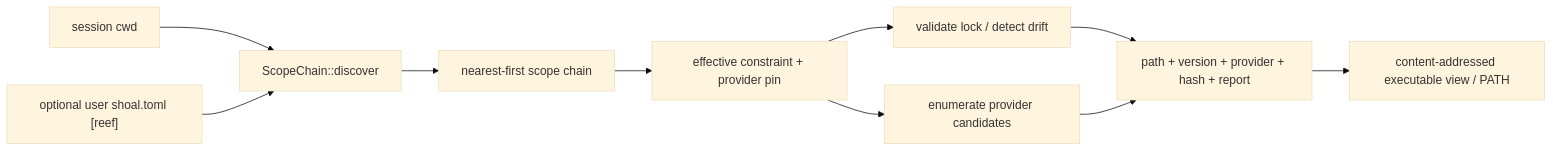
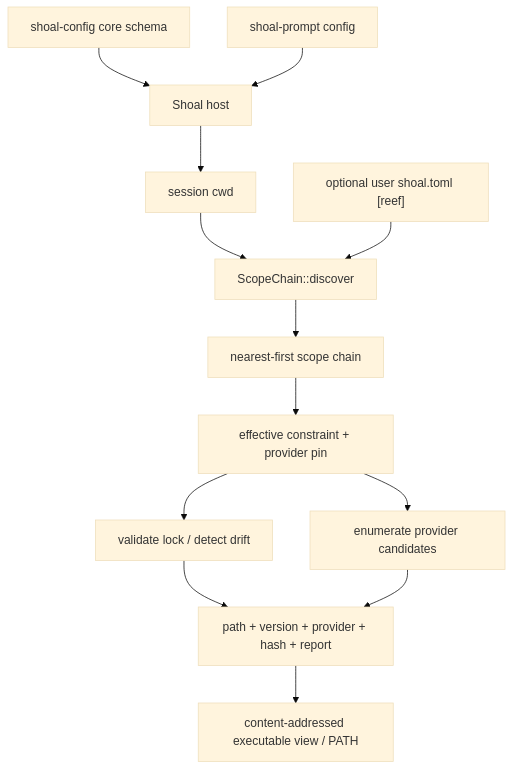
Before and after one commit to alliecatowo/shoal: the first of 3 diagrams in site/content/internals/reef-adapters-config.md, drawn with Mermaid (base theme). The commit also changed other lines of this file and 70 other files, not shown here.

Commit message:
docs: refine manual and architecture visuals

````diff
--- a/site/content/internals/reef-adapters-config.md
+++ b/site/content/internals/reef-adapters-config.md
@@ -29,12 +29,17 @@
 ```mermaid
-flowchart LR
-  Cwd["session cwd"] --> Discover["ScopeChain::discover"]
+flowchart TB
+accTitle: Reef resolution and configuration boundaries
+accDescr: Core, prompt, and Reef configuration meet at the host; only Reef scope inputs feed locked executable resolution and the child PATH view.
+  Core["shoal-config core schema"] --> Host["Shoal host"]
+  Prompt["shoal-prompt config"] --> Host
+  Host --> Cwd["session cwd"]
+  Cwd --> Discover["ScopeChain::discover"]
   User["optional user shoal.toml [reef]"] --> Discover
   Discover --> Chain["nearest-first scope chain"]
   Chain --> Decision["effective constraint + provider pin"]
   Decision --> Lock["validate lock / detect drift"]
   Decision --> Providers["enumerate provider candidates"]
   Lock --> Resolution["path + version + provider + hash + report"]
   Providers --> Resolution
   Resolution --> View["content-addressed executable view / PATH"]
 ```
````
